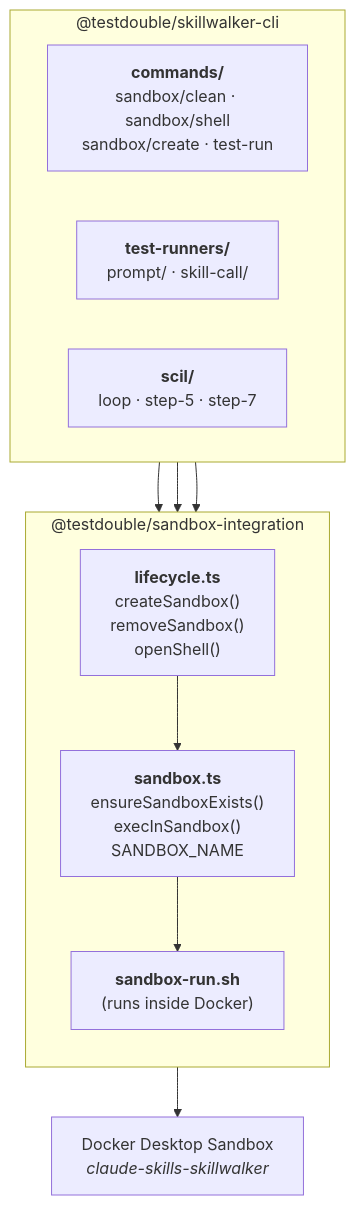
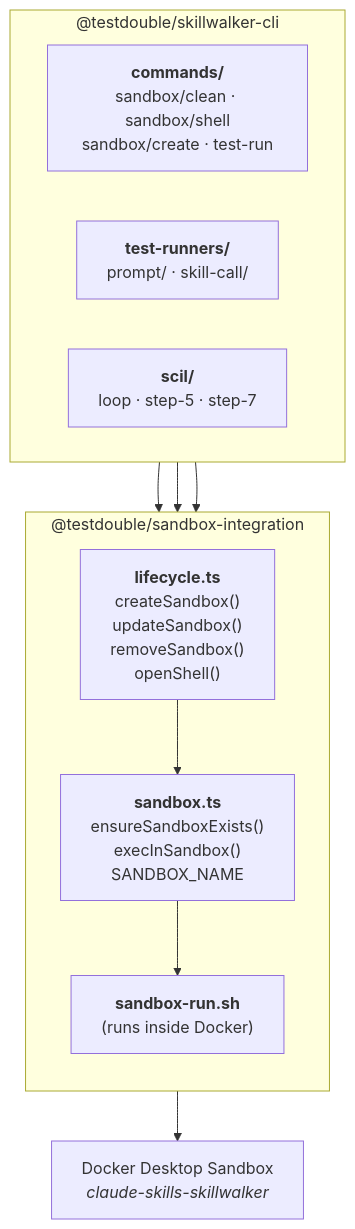
The diagram in docs/sandbox-integration.md (testdouble/skills-test-harness), drawn with Mermaid before and after one commit. The commit also changed other lines of this file and 4 other files, not shown here.

Commit message:
docs: document sandbox create and sandbox update

````diff
--- a/docs/sandbox-integration.md
+++ b/docs/sandbox-integration.md
@@ -28,26 +28,26 @@
 ```mermaid
 flowchart TB
     subgraph cli["@testdouble/skillwalker-cli"]
         direction LR
         commands["<b>commands/</b><br>sandbox/clean · sandbox/shell<br>sandbox/create · test-run"]
         runners["<b>test-runners/</b><br>prompt/ · skill-call/"]
         scil["<b>scil/</b><br>loop · step-5 · step-7"]
     end
 
     subgraph si["@testdouble/sandbox-integration"]
         direction TB
         sandboxts["<b>sandbox.ts</b><br>ensureSandboxExists()<br>execInSandbox()<br>SANDBOX_NAME"]
-        lifecycle["<b>lifecycle.ts</b><br>createSandbox()<br>removeSandbox()<br>openShell()"]
+        lifecycle["<b>lifecycle.ts</b><br>createSandbox()<br>updateSandbox()<br>removeSandbox()<br>openShell()"]
         runsh["<b>sandbox-run.sh</b><br>(runs inside Docker)"]
 
         lifecycle --> sandboxts
         sandboxts --> runsh
     end
 
     docker["Docker Desktop Sandbox<br><i>claude-skills-skillwalker</i>"]
 
     commands --> si
     runners --> si
     scil --> si
     runsh --> docker
 ```
````
